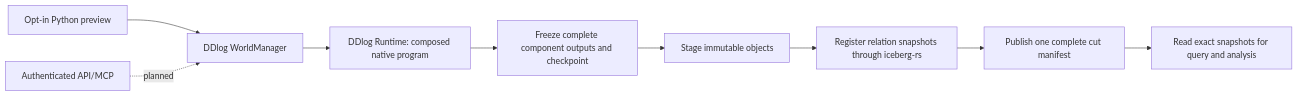
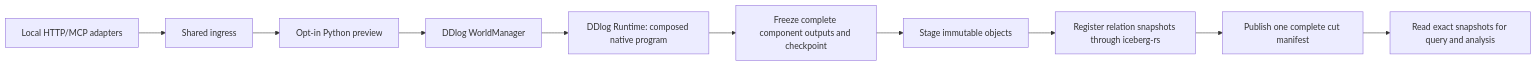
Before and after one commit to VangelisTech/archetype: the diagram in docs/guide/ddlog-runtime.md, drawn with Mermaid. The commit also changed other lines of this file and 16 other files, not shown here.

Commit message:
feat: add local HTTP and MCP adapters over DDlog ingress

````diff
--- a/docs/guide/ddlog-runtime.md
+++ b/docs/guide/ddlog-runtime.md
@@ -27,11 +27,12 @@
 ```mermaid
 flowchart LR
     P[Opt-in Python preview] --> W[DDlog WorldManager]
-    T[Authenticated API/MCP] -. planned .-> W
+    T[Local HTTP/MCP adapters] --> G[Shared ingress]
+    G --> P
     W --> D[DDlog Runtime: composed native program]
     D --> F[Freeze complete component outputs and checkpoint]
     F --> O[Stage immutable objects]
     O --> I[Register relation snapshots through iceberg-rs]
     I --> C[Publish one complete cut manifest]
     C --> Q[Read exact snapshots for query and analysis]
 ```
````
